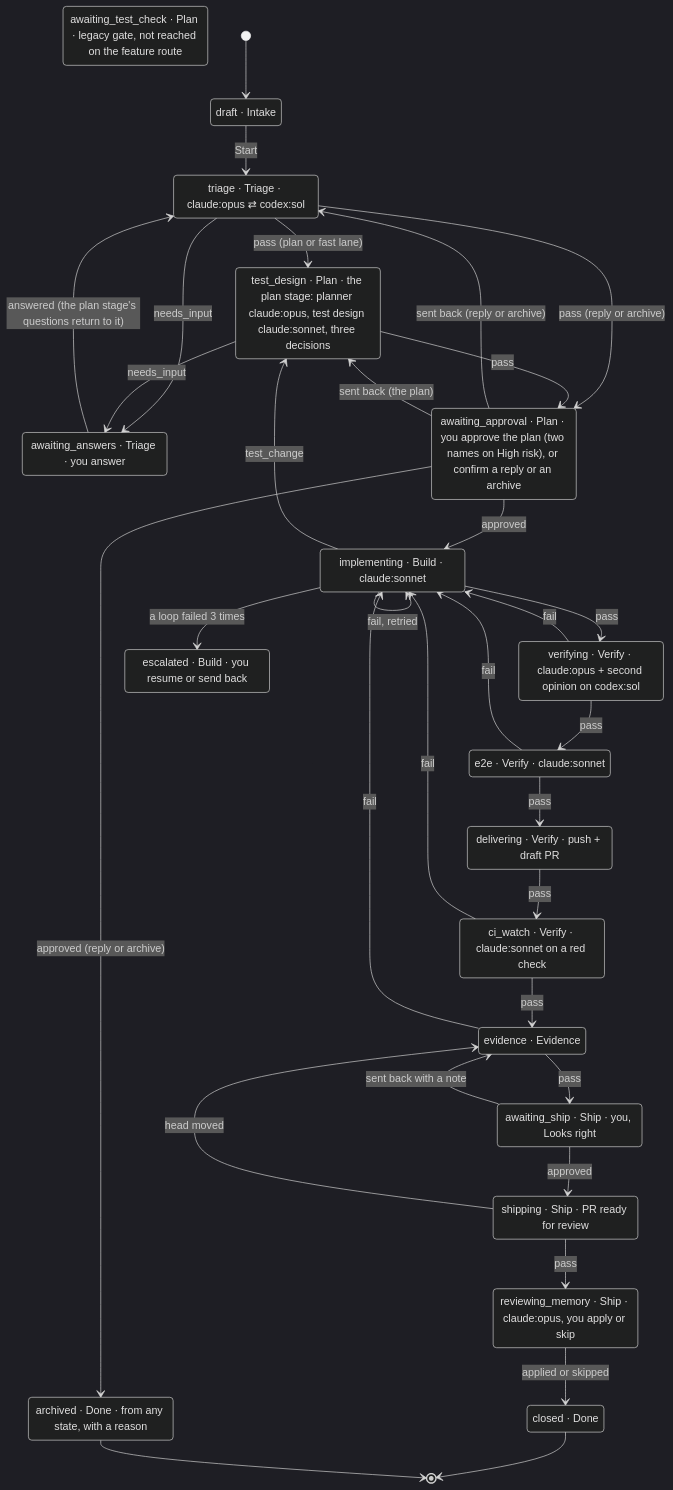
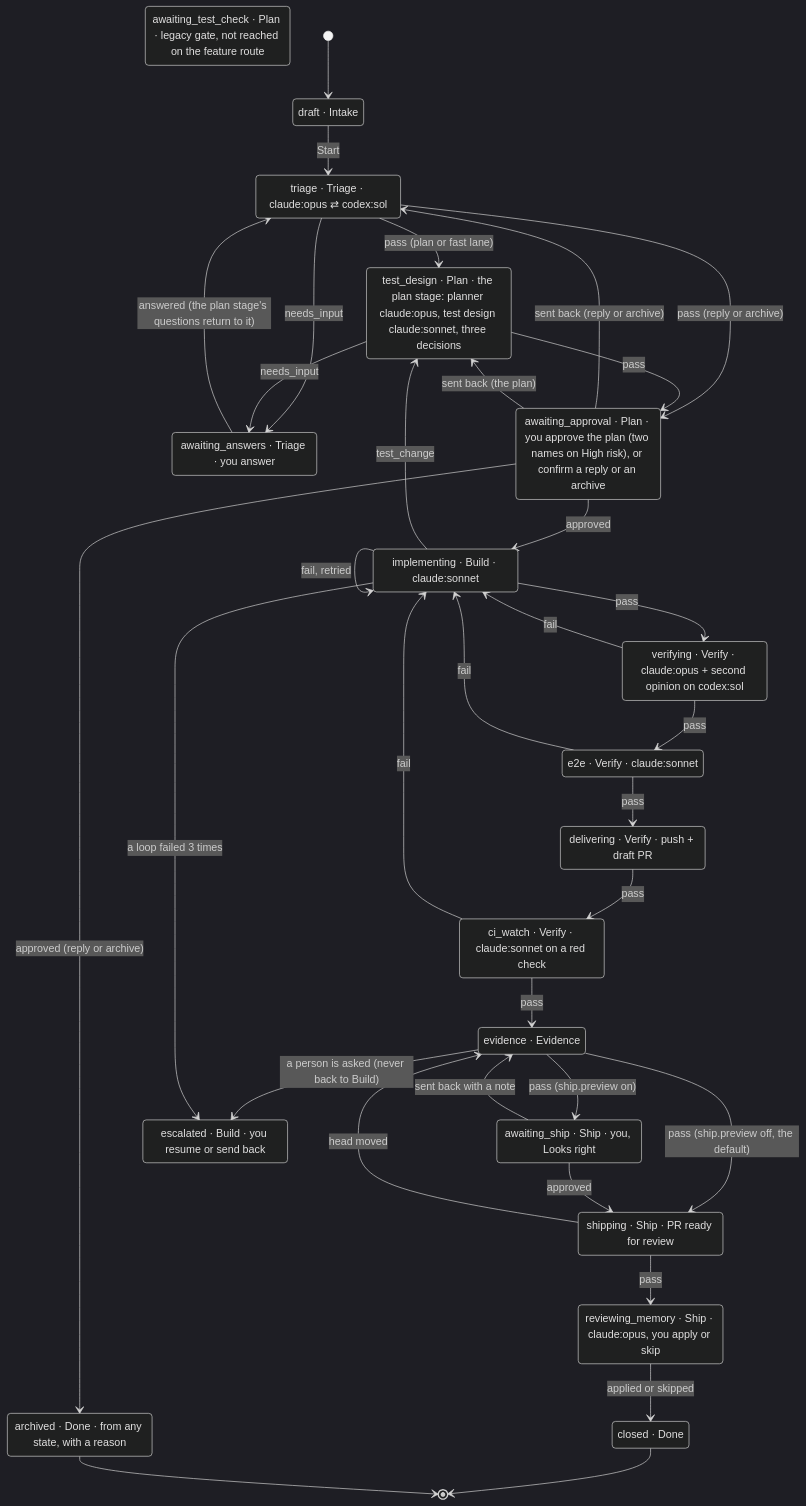
The second of 3 diagrams in docs/architecture.md (HigorAlves/luna-tui), drawn with Mermaid (dark theme) before and after one commit. The commit also changed other lines of this file and 4 other files, not shown here.

Commit message:
docs: wave 12b: evidence as the v2.2 diagram draws it

````diff
--- a/docs/architecture.md
+++ b/docs/architecture.md
@@ -114,55 +114,56 @@
 ```mermaid
 stateDiagram-v2
   direction TB
   draft: draft · Intake
   triage: triage · Triage · claude:opus ⇄ codex:sol
   awaiting_answers: awaiting_answers · Triage · you answer
   awaiting_approval: awaiting_approval · Plan · you approve the plan (two names on High risk), or confirm a reply or an archive
   test_design: test_design · Plan · the plan stage: planner claude:opus, test design claude:sonnet, three decisions
   awaiting_test_check: awaiting_test_check · Plan · legacy gate, not reached on the feature route
   implementing: implementing · Build · claude:sonnet
   verifying: verifying · Verify · claude:opus + second opinion on codex:sol
   e2e: e2e · Verify · claude:sonnet
   delivering: delivering · Verify · push + draft PR
   ci_watch: ci_watch · Verify · claude:sonnet on a red check
   evidence: evidence · Evidence
   awaiting_ship: awaiting_ship · Ship · you, Looks right
   shipping: shipping · Ship · PR ready for review
   reviewing_memory: reviewing_memory · Ship · claude:opus, you apply or skip
   escalated: escalated · Build · you resume or send back
   closed: closed · Done
   archived: archived · Done · from any state, with a reason
 
   [*] --> draft
   draft --> triage: Start
   triage --> awaiting_answers: needs_input
   awaiting_answers --> triage: answered (the plan stage's questions return to it)
   triage --> test_design: pass (plan or fast lane)
   triage --> awaiting_approval: pass (reply or archive)
   awaiting_approval --> triage: sent back (reply or archive)
   awaiting_approval --> archived: approved (reply or archive)
   test_design --> awaiting_approval: pass
   test_design --> awaiting_answers: needs_input
   awaiting_approval --> test_design: sent back (the plan)
   awaiting_approval --> implementing: approved
   implementing --> verifying: pass
   implementing --> implementing: fail, retried
   implementing --> test_design: test_change
   verifying --> e2e: pass
   e2e --> delivering: pass
   delivering --> ci_watch: pass
   ci_watch --> evidence: pass
-  evidence --> awaiting_ship: pass
+  evidence --> shipping: pass (ship.preview off, the default)
+  evidence --> awaiting_ship: pass (ship.preview on)
   verifying --> implementing: fail
   e2e --> implementing: fail
   ci_watch --> implementing: fail
-  evidence --> implementing: fail
+  evidence --> escalated: a person is asked (never back to Build)
   awaiting_ship --> evidence: sent back with a note
   shipping --> evidence: head moved
   implementing --> escalated: a loop failed 3 times
   awaiting_ship --> shipping: approved
   shipping --> reviewing_memory: pass
   reviewing_memory --> closed: applied or skipped
   closed --> [*]
   archived --> [*]
 ```
````
